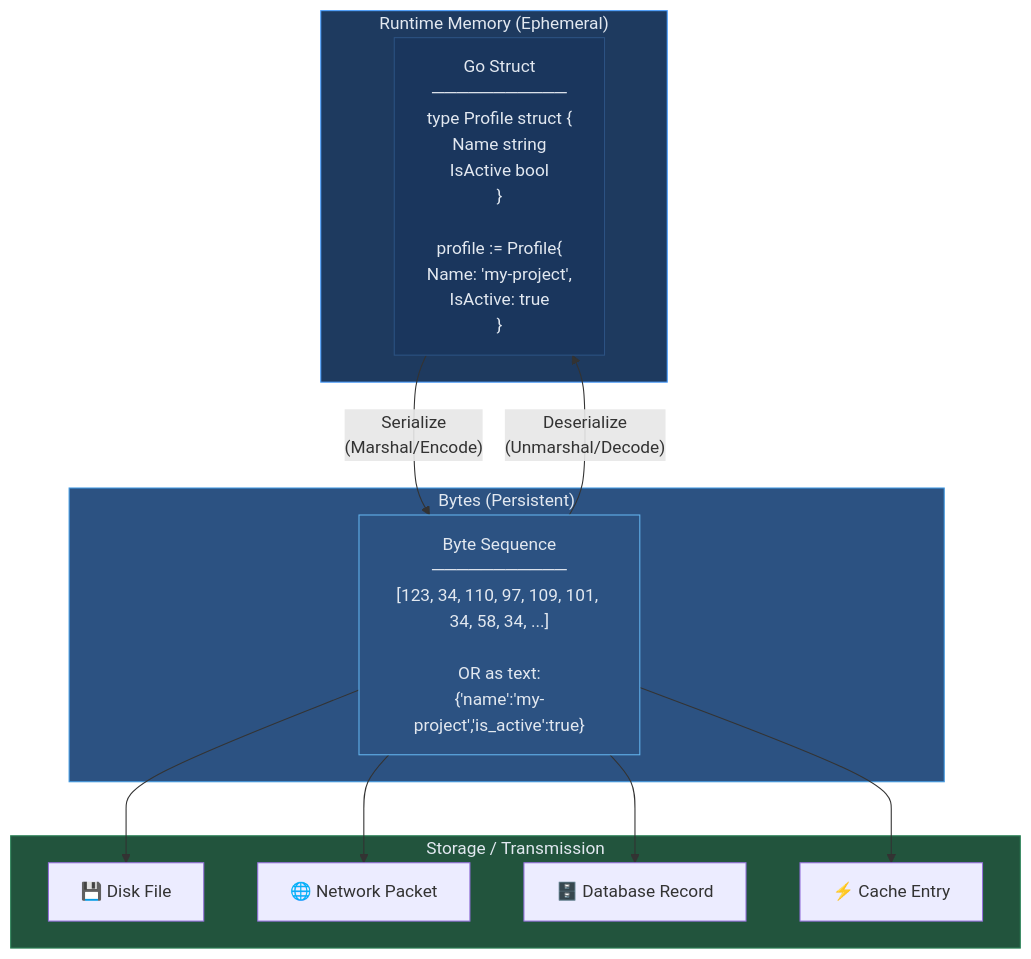
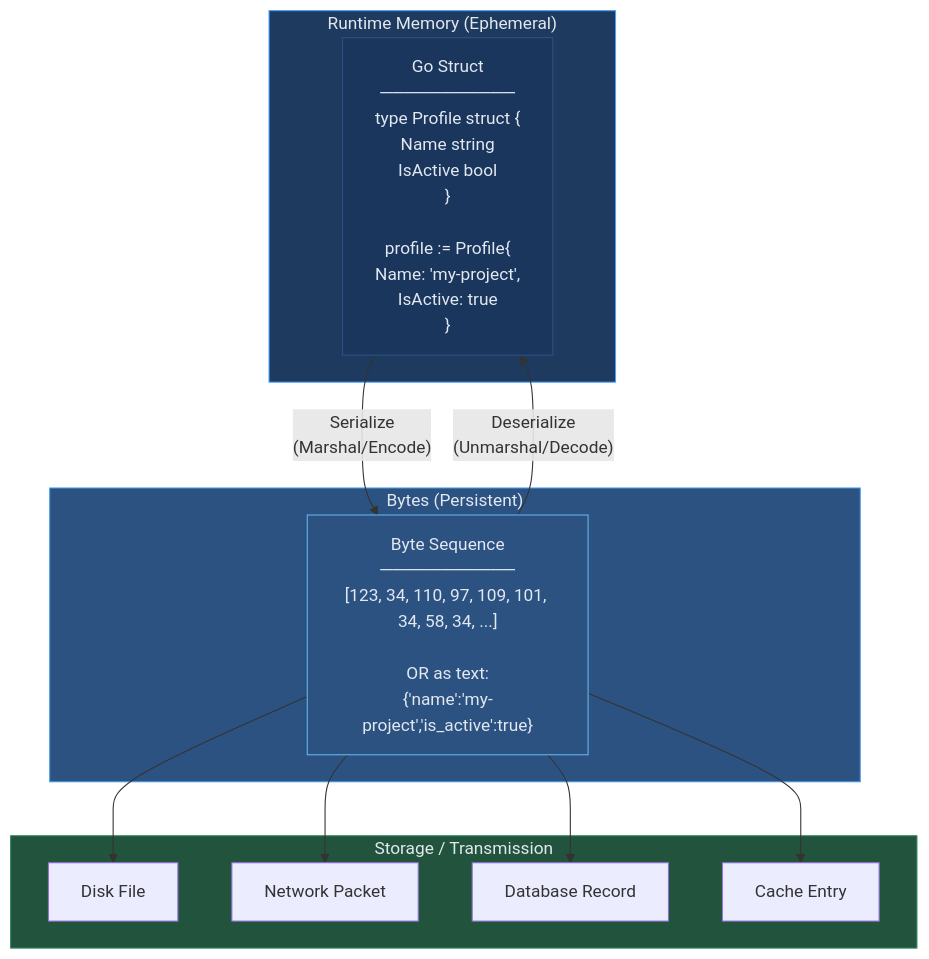
The first of 3 diagrams in content/posts/serialization-explained.md (blackwell-systems/blog), drawn with Mermaid before and after one commit. The commit also changed other lines of this file and 3 other files, not shown here.

````diff
--- a/content/posts/serialization-explained.md
+++ b/content/posts/serialization-explained.md
@@ -103,30 +107,30 @@
 ```mermaid
 flowchart TB
     subgraph memory["Runtime Memory (Ephemeral)"]
         obj["Go Struct<br/>───────────<br/>type Profile struct {<br/>  Name string<br/>  IsActive bool<br/>}<br/><br/>profile := Profile{<br/>  Name: 'my-project',<br/>  IsActive: true<br/>}"]
     end
 
     subgraph bytes["Bytes (Persistent)"]
         data["Byte Sequence<br/>───────────<br/>[123, 34, 110, 97, 109, 101, 34, 58, 34, ...]<br/><br/>OR as text:<br/>{'name':'my-project','is_active':true}"]
     end
 
     subgraph storage["Storage / Transmission"]
-        disk["💾 Disk File"]
-        net["🌐 Network Packet"]
-        db["🗄️ Database Record"]
-        cache["⚡ Cache Entry"]
+        disk["Disk File"]
+        net["Network Packet"]
+        db["Database Record"]
+        cache["Cache Entry"]
     end
 
     obj -->|"Serialize<br/>(Marshal/Encode)"| data
     data -->|"Deserialize<br/>(Unmarshal/Decode)"| obj
     data --> disk
     data --> net
     data --> db
     data --> cache
 
     style memory fill:#1e3a5f,stroke:#4a9eff,color:#e2e8f0
     style bytes fill:#2c5282,stroke:#4299e1,color:#e2e8f0
     style storage fill:#22543d,stroke:#2f855a,color:#e2e8f0
     style obj fill:#1a365d,stroke:#2c5282,color:#e2e8f0
     style data fill:#2c5282,stroke:#63b3ed,color:#e2e8f0
 ```
````
